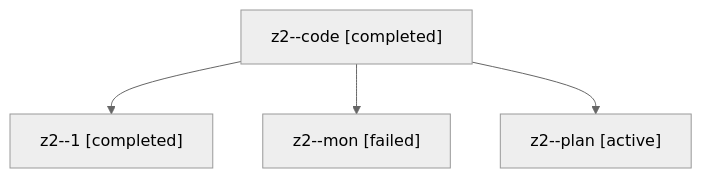
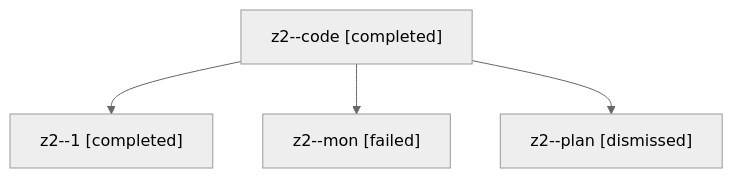
One commit to sase-org/sase--agents changed the diagram in sessions/bbugyi200.athena.z2.md. Above: the diagram before and after it, drawn with Mermaid (neutral theme). The commit also changed other lines of this file and 35 other files, not shown here.

````diff
--- a/sessions/bbugyi200.athena.z2.md
+++ b/sessions/bbugyi200.athena.z2.md
@@ -9,10 +9,10 @@
 ```mermaid
 flowchart TD
   n0["z2--code [completed]"]
   n1["z2--1 [completed]"]
   n0 --> n1
   n2["z2--mon [failed]"]
   n0 --> n2
-  n3["z2--plan [active]"]
+  n3["z2--plan [dismissed]"]
   n0 --> n3
 ```
````
